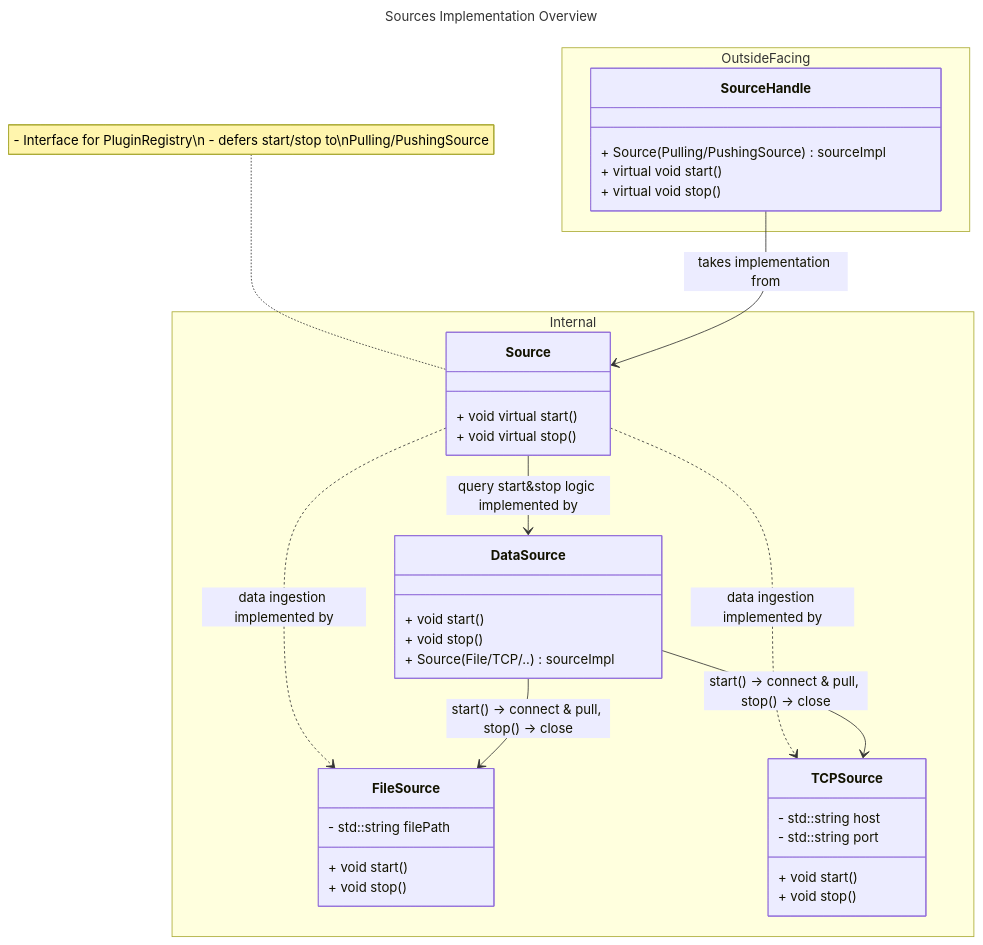
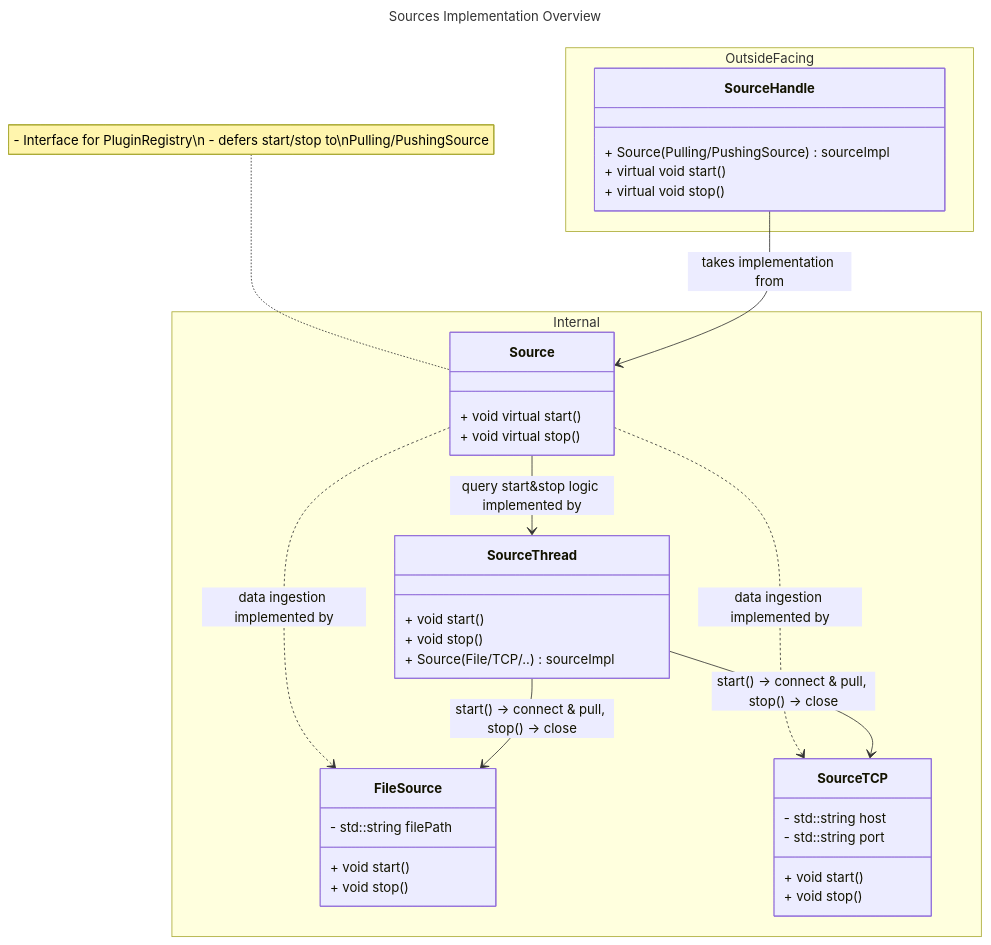
The second of 4 diagrams in nes-sources/src/ClassHierarchy.md (nebulastream/nebulastream), drawn with Mermaid before and after one commit. The commit also changed other lines of this file and 47 other files, not shown here.

````diff
--- a/nes-sources/src/ClassHierarchy.md
+++ b/nes-sources/src/ClassHierarchy.md
@@ -61,49 +61,49 @@
 ```mermaid
 ---
 title: Sources Implementation Overview
 ---
 classDiagram
     SourceHandle --> Source : takes implementation from
-    Source --> DataSource : query start&stop logic implemented by
+    Source --> SourceThread : query start&stop logic implemented by
     Source ..> FileSource : data ingestion implemented by 
-    Source ..> TCPSource : data ingestion implemented by
-    DataSource --> FileSource : start() -> connect & pull, stop() -> close
-    DataSource --> TCPSource : start() -> connect & pull, stop() -> close
+    Source ..> SourceTCP : data ingestion implemented by
+    SourceThread --> FileSource : start() -> connect & pull, stop() -> close
+    SourceThread --> SourceTCP : start() -> connect & pull, stop() -> close
     
     note for Source "- Interface for PluginRegistry\n - defers start/stop to\nPulling/PushingSource"
     
 namespace OutsideFacing {
     class SourceHandle {
         + Source(Pulling/PushingSource) sourceImpl
         + virtual void start()
         + virtual void stop()
     }
 }
 
 namespace Internal {
     %% Source is the interface for the PluginRegistry for sources
     class Source {
         + void virtual start()
         + void virtual stop()
     }
     
-    class DataSource {
+    class SourceThread {
         + void start()
         + void stop()
         + Source(File/TCP/..) sourceImpl
     }
     
     class FileSource {
         + void start()
         + void stop()
         - std::string filePath
     }
     
-    class TCPSource {
+    class SourceTCP {
         + void start()
         + void stop()
         - std::string host
         - std::string port
     }
 }
 ```
````
